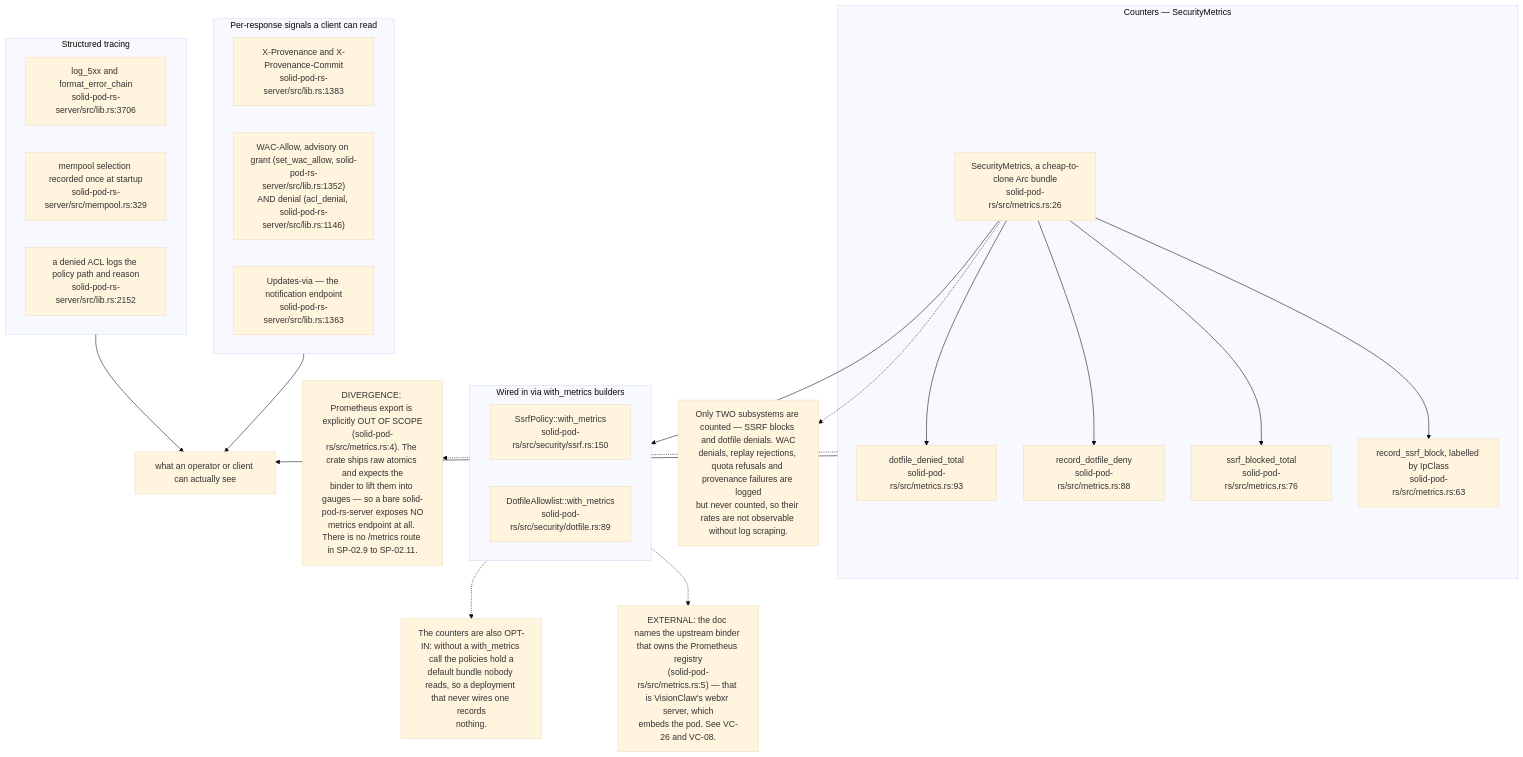
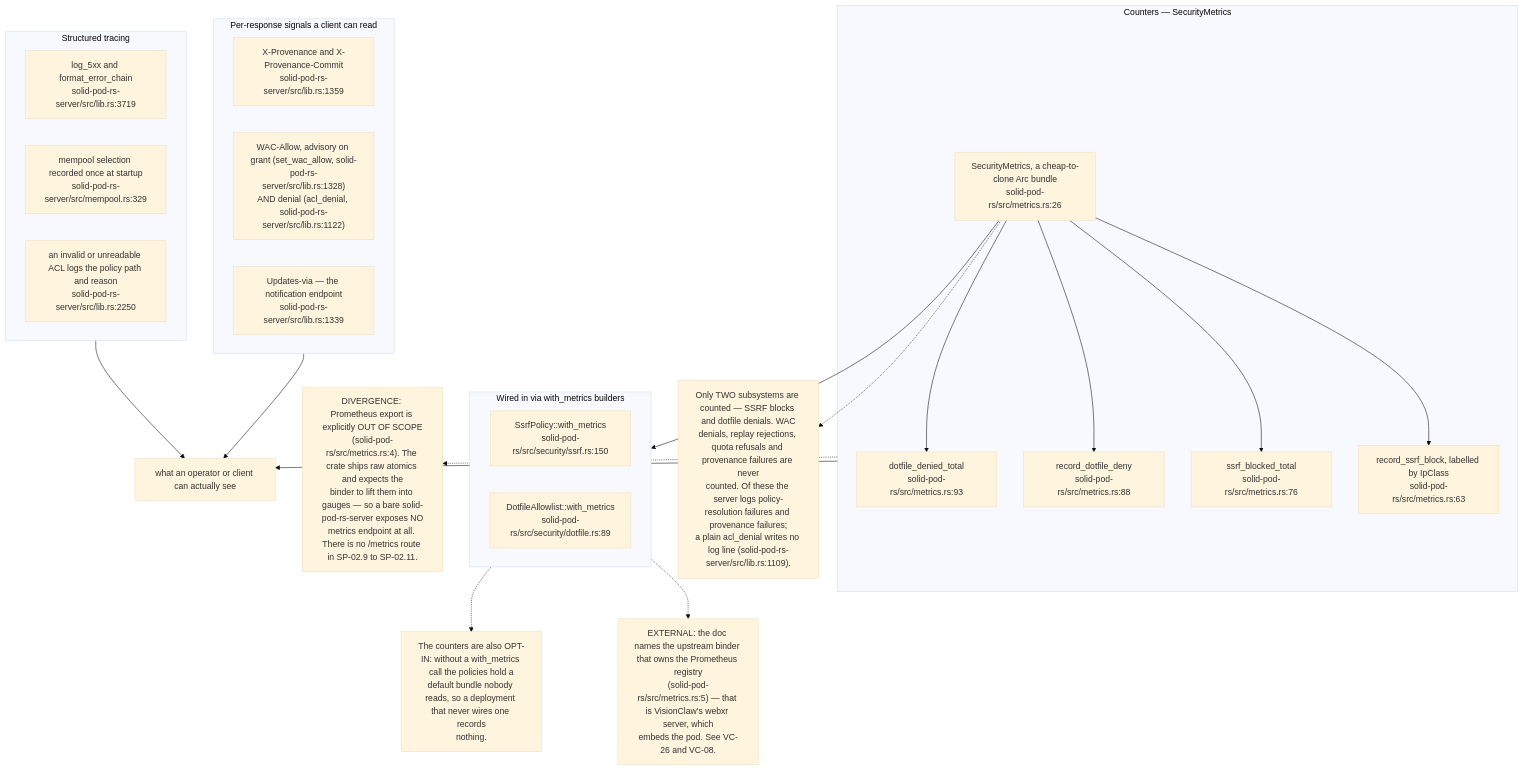
One commit to DreamLab-AI/VisionFlow changed diagram 12 of 12 in docs/diagrams/solid-pod-rs/10-failure-modes-and-invariants.md. Above: the diagram before and after it, drawn with Mermaid (base theme). The commit also changed other lines of this file and 47 other files, not shown here.

````diff
--- a/docs/diagrams/solid-pod-rs/10-failure-modes-and-invariants.md
+++ b/docs/diagrams/solid-pod-rs/10-failure-modes-and-invariants.md
@@ -344,42 +370,42 @@
 ```mermaid
 flowchart TD
     subgraph COUNT["Counters — SecurityMetrics"]
         SM["SecurityMetrics, a cheap-to-clone Arc bundle<br/>solid-pod-rs/src/metrics.rs:26"]
         SS["record_ssrf_block, labelled by IpClass<br/>solid-pod-rs/src/metrics.rs:63"]
         ST["ssrf_blocked_total<br/>solid-pod-rs/src/metrics.rs:76"]
         DF["record_dotfile_deny<br/>solid-pod-rs/src/metrics.rs:88"]
         DT["dotfile_denied_total<br/>solid-pod-rs/src/metrics.rs:93"]
     end
     subgraph WIRE["Wired in via with_metrics builders"]
         W1["SsrfPolicy::with_metrics<br/>solid-pod-rs/src/security/ssrf.rs:150"]
         W2["DotfileAllowlist::with_metrics<br/>solid-pod-rs/src/security/dotfile.rs:89"]
     end
     subgraph HDR["Per-response signals a client can read"]
-        H1["X-Provenance and X-Provenance-Commit<br/>solid-pod-rs-server/src/lib.rs:1383"]
-        H2["WAC-Allow, advisory on grant (set_wac_allow, solid-pod-rs-server/src/lib.rs:1352)<br/>AND denial (acl_denial, solid-pod-rs-server/src/lib.rs:1146)"]
-        H3["Updates-via — the notification endpoint<br/>solid-pod-rs-server/src/lib.rs:1363"]
+        H1["X-Provenance and X-Provenance-Commit<br/>solid-pod-rs-server/src/lib.rs:1359"]
+        H2["WAC-Allow, advisory on grant (set_wac_allow, solid-pod-rs-server/src/lib.rs:1328)<br/>AND denial (acl_denial, solid-pod-rs-server/src/lib.rs:1122)"]
+        H3["Updates-via — the notification endpoint<br/>solid-pod-rs-server/src/lib.rs:1339"]
     end
     subgraph LOG["Structured tracing"]
-        L1["log_5xx and format_error_chain<br/>solid-pod-rs-server/src/lib.rs:3706"]
+        L1["log_5xx and format_error_chain<br/>solid-pod-rs-server/src/lib.rs:3719"]
         L2["mempool selection recorded once at startup<br/>solid-pod-rs-server/src/mempool.rs:329"]
-        L3["a denied ACL logs the policy path and reason<br/>solid-pod-rs-server/src/lib.rs:2152"]
+        L3["an invalid or unreadable ACL logs the policy path and reason<br/>solid-pod-rs-server/src/lib.rs:2250"]
     end
 
     SM --> SS
     SM --> ST
     SM --> DF
     SM --> DT
     SM --> WIRE
     HDR --> OP["what an operator or client can actually see"]
     LOG --> OP
     COUNT --> OP
 
     N["DIVERGENCE: Prometheus export is explicitly OUT OF SCOPE<br/>(solid-pod-rs/src/metrics.rs:4). The crate ships raw atomics and expects the<br/>binder to lift them into gauges — so a bare solid-pod-rs-server exposes NO<br/>metrics endpoint at all. There is no /metrics route in SP-02.9 to SP-02.11."]
     COUNT -.-> N
     N2["EXTERNAL: the doc names the upstream binder that owns the Prometheus registry<br/>(solid-pod-rs/src/metrics.rs:5) — that is VisionClaw's webxr server, which<br/>embeds the pod. See VC-26 and VC-08."]
     WIRE -.-> N2
-    N3["Only TWO subsystems are counted — SSRF blocks and dotfile denials. WAC<br/>denials, replay rejections, quota refusals and provenance failures are logged<br/>but never counted, so their rates are not observable without log scraping."]
+    N3["Only TWO subsystems are counted — SSRF blocks and dotfile denials. WAC<br/>denials, replay rejections, quota refusals and provenance failures are never<br/>counted. Of these the server logs policy-resolution failures and provenance failures;<br/>a plain acl_denial writes no log line (solid-pod-rs-server/src/lib.rs:1109)."]
     SM -.-> N3
     N4["The counters are also OPT-IN: without a with_metrics call the policies hold a<br/>default bundle nobody reads, so a deployment that never wires one records<br/>nothing."]
     WIRE -.-> N4
 ```
````
